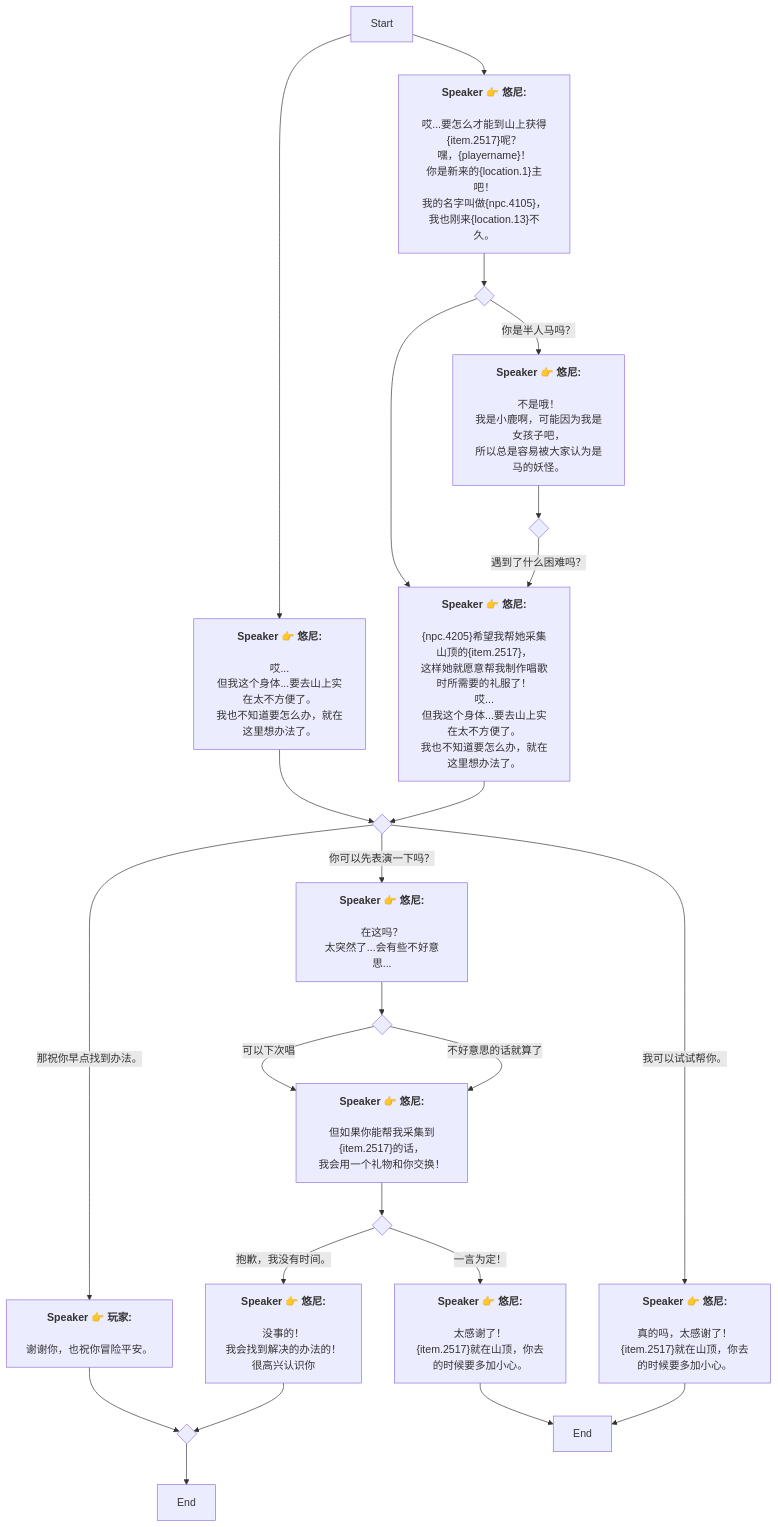
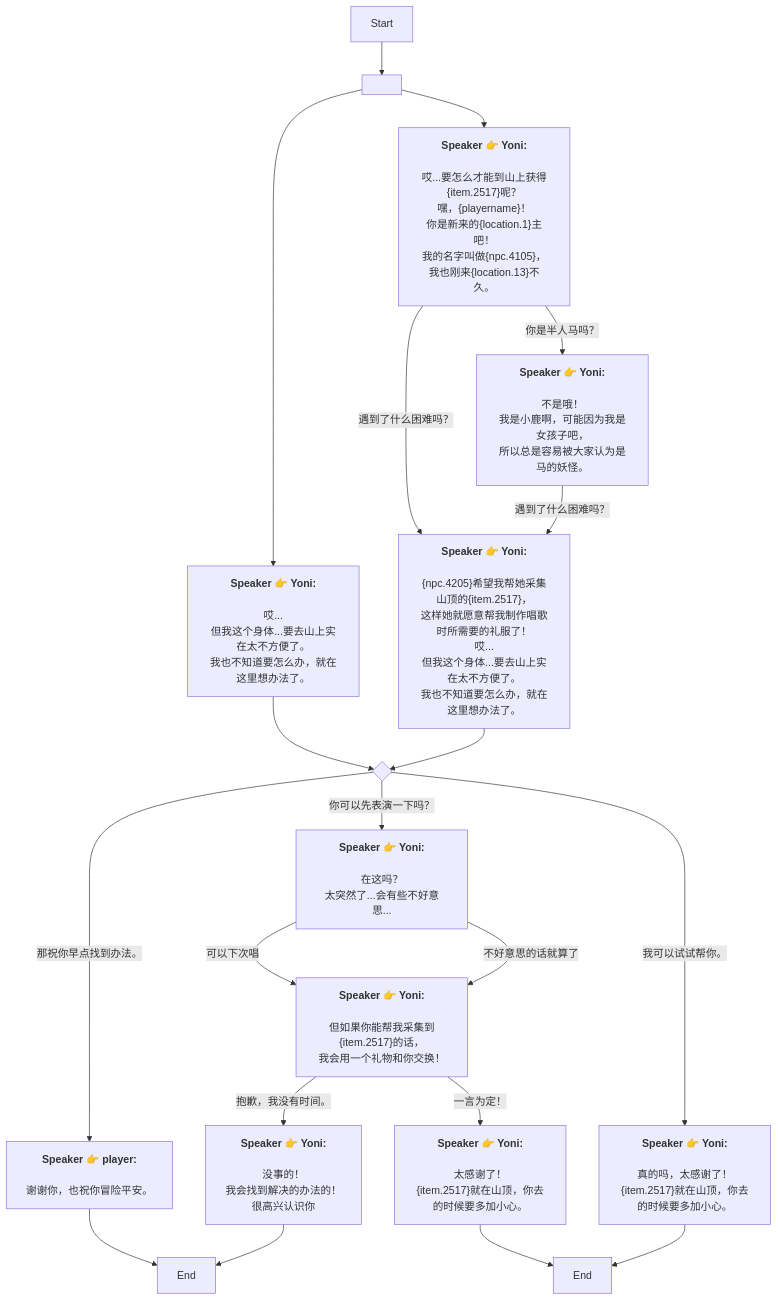
One commit to SoftHu/tos_avg changed the diagram in Zh/QuestTalkStarterNode_1738285557884075.md. Above: the diagram before and after it, drawn with Mermaid. The commit also changed 737 other files, not shown here.

````diff
--- a/Zh/QuestTalkStarterNode_1738285557884075.md
+++ b/Zh/QuestTalkStarterNode_1738285557884075.md
@@ -1,73 +1,54 @@
 ```mermaid
 graph
-Start -->1738287908723935[<b>Speaker 👉 悠尼:</b>
-
-哎...
+Start -->1738287834941662[ ]
+1738287834941662 -->1738287908723935[<b>Speaker 👉 Yoni:</b>
+\n哎...
 但我这个身体...要去山上实在太不方便了。
 我也不知道要怎么办，就在这里想办法了。]
-Start -->1738285999573172[<b>Speaker 👉 悠尼:</b>
-
-哎...要怎么才能到山上获得&lbrace;item.2517&rbrace;呢？
-嘿，&lbrace;playername&rbrace;！
+1738287834941662 -->1738285999573172[<b>Speaker 👉 Yoni:</b>
+\n哎...要怎么才能到山上获得&lbrace;item.2517&rbrace;呢？\n嘿，&lbrace;playername&rbrace;！
 你是新来的&lbrace;location.1&rbrace;主吧！
 我的名字叫做&lbrace;npc.4105&rbrace;，我也刚来&lbrace;location.13&rbrace;不久。]
-1738287908723935 -->1738287181983936{ }
-1738287181983936 -->|那祝你早点找到办法。 |1738287216834759[<b>Speaker 👉 玩家:</b>
-
-谢谢你，也祝你冒险平安。]
-1738287181983936 -->|你可以先表演一下吗？ |1738287283890381[<b>Speaker 👉 悠尼:</b>
-
-在这吗？
+1738287908723935 -->434571977180983{ }
+1738287216834759 -->1738288124658912[End]
+434571977180983 -->|那祝你早点找到办法。 |1738287216834759[<b>Speaker 👉 player:</b>
+\n谢谢你，也祝你冒险平安。]
+434571977180983 -->|你可以先表演一下吗？ |1738287283890381[<b>Speaker 👉 Yoni:</b>
+\n在这吗？
 太突然了...会有些不好意思...]
-1738287181983936 -->|我可以试试帮你。 |1738287397582039[<b>Speaker 👉 悠尼:</b>
-
-真的吗，太感谢了！
+434571977180983 -->|我可以试试帮你。 |1738287397582039[<b>Speaker 👉 Yoni:</b>
+\n真的吗，太感谢了！
 &lbrace;item.2517&rbrace;就在山顶，你去的时候要多加小心。]
-1738287216834759 -->1738287721382109{ }
-1738287721382109 -->1738288124658912[End]
-1738287283890381 -->1738287315975374{ }
-1738287315975374 -->|可以下次唱|1738287339132115[<b>Speaker 👉 悠尼:</b>
-
-但如果你能帮我采集到&lbrace;item.2517&rbrace;的话，
+1738287283890381 -->|可以下次唱|1738287339132115[<b>Speaker 👉 Yoni:</b>
+\n但如果你能帮我采集到&lbrace;item.2517&rbrace;的话，
 我会用一个礼物和你交换！]
-1738287315975374 -->|不好意思的话就算了|1738287339132115[<b>Speaker 👉 悠尼:</b>
-
-但如果你能帮我采集到&lbrace;item.2517&rbrace;的话，
+1738287283890381 -->|不好意思的话就算了|1738287339132115[<b>Speaker 👉 Yoni:</b>
+\n但如果你能帮我采集到&lbrace;item.2517&rbrace;的话，
 我会用一个礼物和你交换！]
-1738287339132115 -->1738287369583828{ }
-1738287369583828 -->|一言为定！|1738287491991770[<b>Speaker 👉 悠尼:</b>
-
-太感谢了！
+1738287339132115 -->|一言为定！|1738287491991770[<b>Speaker 👉 Yoni:</b>
+\n太感谢了！
 &lbrace;item.2517&rbrace;就在山顶，你去的时候要多加小心。]
-1738287369583828 -->|抱歉，我没有时间。|1738287685928156[<b>Speaker 👉 悠尼:</b>
-
-没事的！
+1738287339132115 -->|抱歉，我没有时间。|1738287685928156[<b>Speaker 👉 Yoni:</b>
+\n没事的！
 我会找到解决的办法的！
 很高兴认识你]
 1738287491991770 -->1738287669031131[End]
-1738287685928156 -->1738287721382109{ }
+1738287685928156 -->1738288124658912[End]
 1738287397582039 -->1738287669031131[End]
-1738285999573172 -->1738286318511285{ }
-1738286318511285 -->|你是半人马吗？|1738286345339066[<b>Speaker 👉 悠尼:</b>
-
-不是哦！
+1738285999573172 -->|你是半人马吗？|1738286345339066[<b>Speaker 👉 Yoni:</b>
+\n不是哦！
 我是小鹿啊，可能因为我是女孩子吧，
 所以总是容易被大家认为是马的妖怪。]
-1738286318511285 -->1738286492721339[<b>Speaker 👉 悠尼:</b>
-
-&lbrace;npc.4205&rbrace;希望我帮她采集山顶的&lbrace;item.2517&rbrace;，
-这样她就愿意帮我制作唱歌时所需要的礼服了！
-哎...
+1738285999573172 -->|遇到了什么困难吗？|1738286492721339[<b>Speaker 👉 Yoni:</b>
+\n&lbrace;npc.4205&rbrace;希望我帮她采集山顶的&lbrace;item.2517&rbrace;，
+这样她就愿意帮我制作唱歌时所需要的礼服了！\n哎...
 但我这个身体...要去山上实在太不方便了。
 我也不知道要怎么办，就在这里想办法了。]
-1738286345339066 -->1738287256420556{ }
-1738287256420556 -->|遇到了什么困难吗？|1738286492721339[<b>Speaker 👉 悠尼:</b>
-
-&lbrace;npc.4205&rbrace;希望我帮她采集山顶的&lbrace;item.2517&rbrace;，
-这样她就愿意帮我制作唱歌时所需要的礼服了！
-哎...
+1738286345339066 -->|遇到了什么困难吗？|1738286492721339[<b>Speaker 👉 Yoni:</b>
+\n&lbrace;npc.4205&rbrace;希望我帮她采集山顶的&lbrace;item.2517&rbrace;，
+这样她就愿意帮我制作唱歌时所需要的礼服了！\n哎...
 但我这个身体...要去山上实在太不方便了。
 我也不知道要怎么办，就在这里想办法了。]
-1738286492721339 -->1738287181983936{ }
+1738286492721339 -->434571977180983{ }
 
- ```
+```
````
